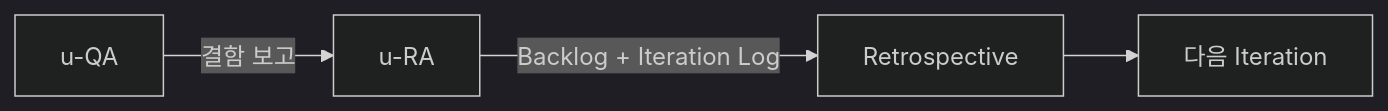
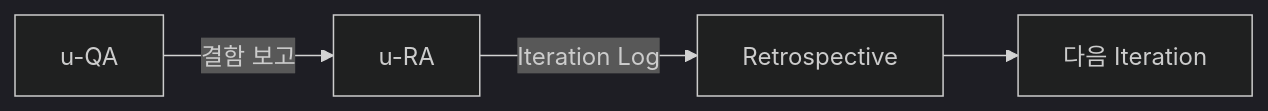
The sixth of 6 diagrams in references/pdca-workflow.md (upleat-ax/u-maker-plugin), drawn with Mermaid (dark theme) before and after one commit. The commit also changed other lines of this file and 214 other files, not shown here.

````diff
--- a/references/pdca-workflow.md
+++ b/references/pdca-workflow.md
@@ -184,6 +187,6 @@
 ```mermaid
 flowchart LR
     QA[u-QA] -->|결함 보고| RA[u-RA]
-    RA -->|Backlog + Iteration Log| RETRO[Retrospective]
+    RA -->|Iteration Log| RETRO[Retrospective]
     RETRO --> NEXT[다음 Iteration]
 ```
````
